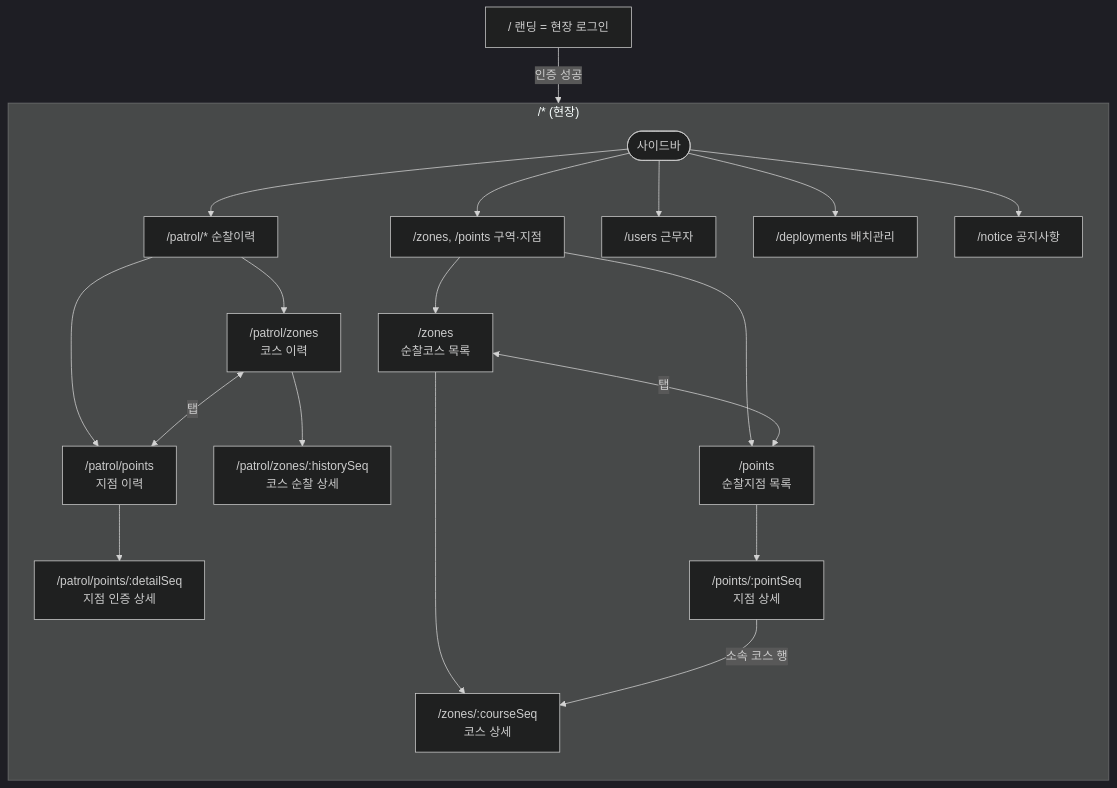
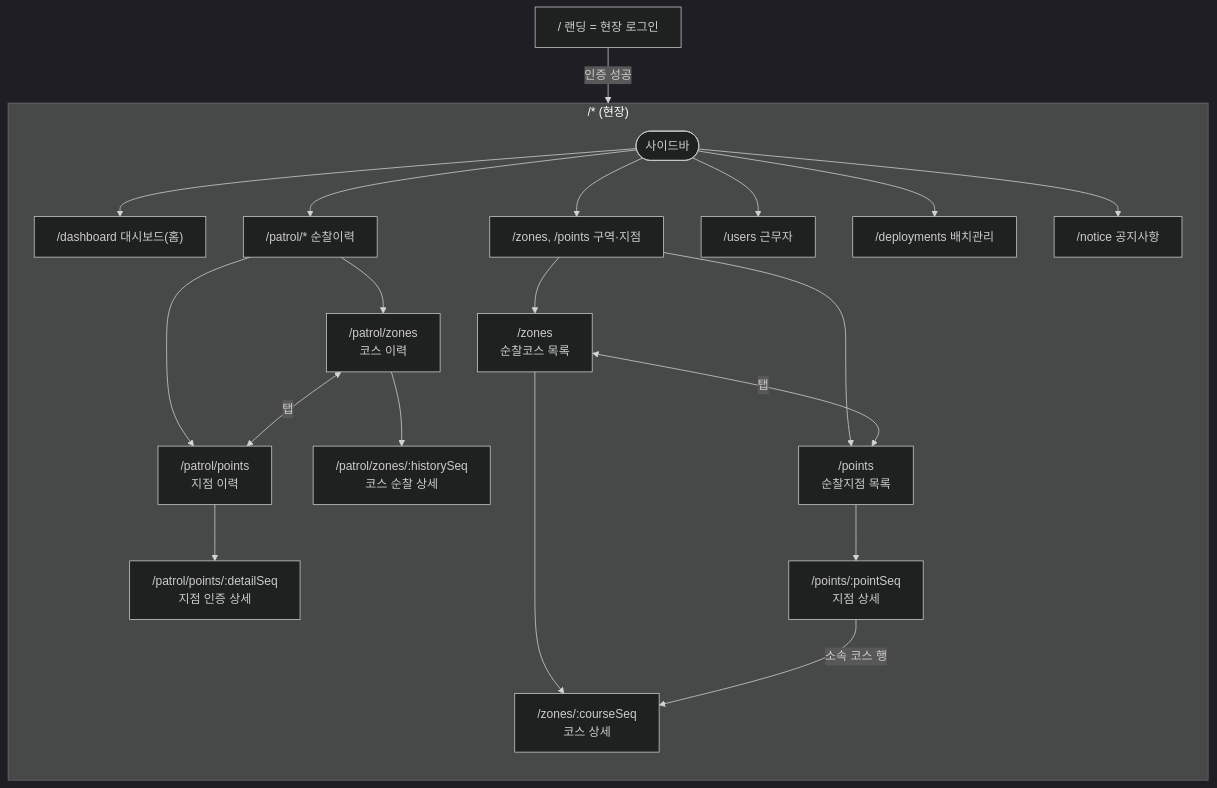
The second of 15 diagrams in docs/flow.md (S-Tec-System-R-D/s-patrol_fe), drawn with Mermaid before and after one commit. The commit also changed other lines of this file and 20 other files, not shown here.

Commit message:
feat : 066 — 현장 대시보드 셸(/dashboard · 본문 placeholder) · 메뉴 맨 앞 대시보드(6개) · 현장 홈 /zones → /dashboard(로그인 착지 · 사업장 전환 착지 · 오버레이 해제 경로 · 403/404 홈) · 테스트(홈 경로 7파일 · e2e 대시보드 열림 · S8 전환 뒤 코스/지점에서 목록 확인) · screens · flow(020 현장 홈 결정 뒤집음 · OQ 종결) · roadmap 066 행 (T1097~T1101, 경량 작업)

````diff
--- a/docs/flow.md
+++ b/docs/flow.md
@@ -82,30 +84,31 @@
 ```mermaid
 %%{init: {'theme':'dark'}}%%
 flowchart TB
     Login["/ 랜딩 = 현장 로그인"]
 
     subgraph Service["/* (현장)"]
         direction TB
         SBar([사이드바])
+        SBar --> Dash["/dashboard 대시보드(홈)"]
         SBar --> Patrol["/patrol/* 순찰이력"]
         SBar --> ZP["/zones, /points 구역·지점"]
         SBar --> Users["/users 근무자"]
         SBar --> Deploy["/deployments 배치관리"]
         SBar --> Notice["/notice 공지사항"]
 
         Patrol --> PZ["/patrol/zones<br/>코스 이력"]
         Patrol --> PP["/patrol/points<br/>지점 이력"]
         PZ <-->|탭| PP
         PZ --> PZD["/patrol/zones/:historySeq<br/>코스 순찰 상세"]
         PP --> PPD["/patrol/points/:detailSeq<br/>지점 인증 상세"]
 
         ZP --> Z["/zones<br/>순찰코스 목록"]
         ZP --> P["/points<br/>순찰지점 목록"]
         Z --> ZD["/zones/:courseSeq<br/>코스 상세"]
         P --> PD["/points/:pointSeq<br/>지점 상세"]
         PD -- "소속 코스 행" --> ZD
         Z <-->|탭| P
     end
 
     Login -- 인증 성공 --> SBar
 ```
````
